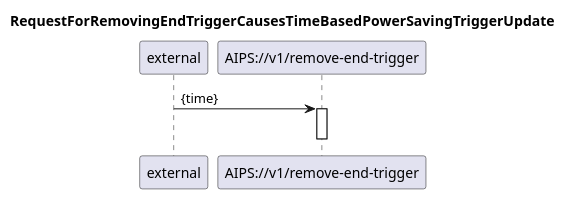
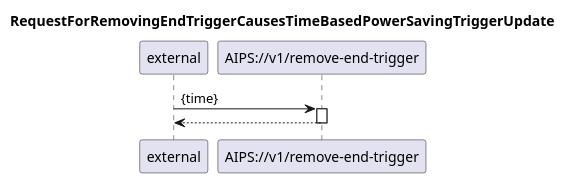
Before and after one commit to kmohr-soprasteria/AIPS_wip: the diagram in diagrams/02 Link group related automation/203_removeEndTrigger.plantuml, drawn with PlantUML. The commit also changed 15 other files, not shown here.

Commit message:
diagrams done

```diff
--- a/diagrams/02 Link group related automation/203_removeEndTrigger.plantuml
+++ b/diagrams/02 Link group related automation/203_removeEndTrigger.plantuml
@@ -1,16 +1,17 @@
 @startuml 203_removeEndTrigger
 skinparam responseMessageBelowArrow true
 
 title
 RequestForRemovingEndTriggerCausesTimeBasedPowerSavingTriggerUpdate
 end title
 
 participant "external" as requestor
 participant "AIPS://v1/remove-end-trigger" as removeTrigger
 
 requestor -> removeTrigger: {time}
 activate removeTrigger
+removeTrigger --> requestor
 
 deactivate removeTrigger
 
 @enduml
```
